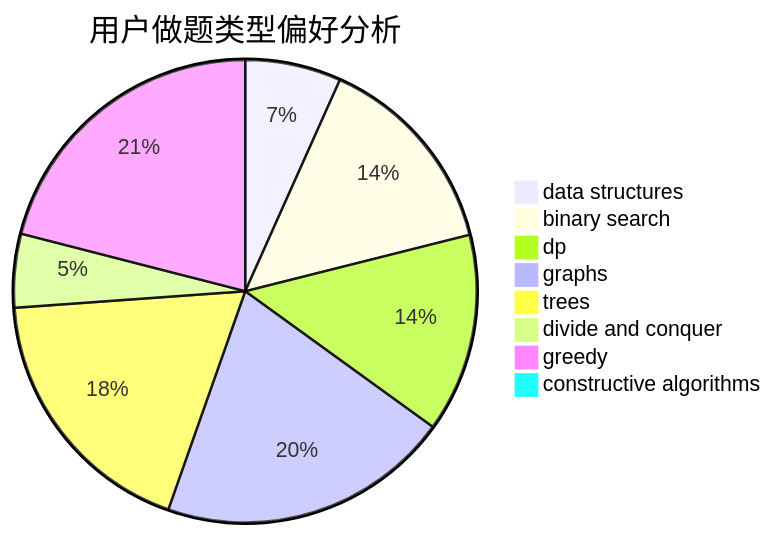
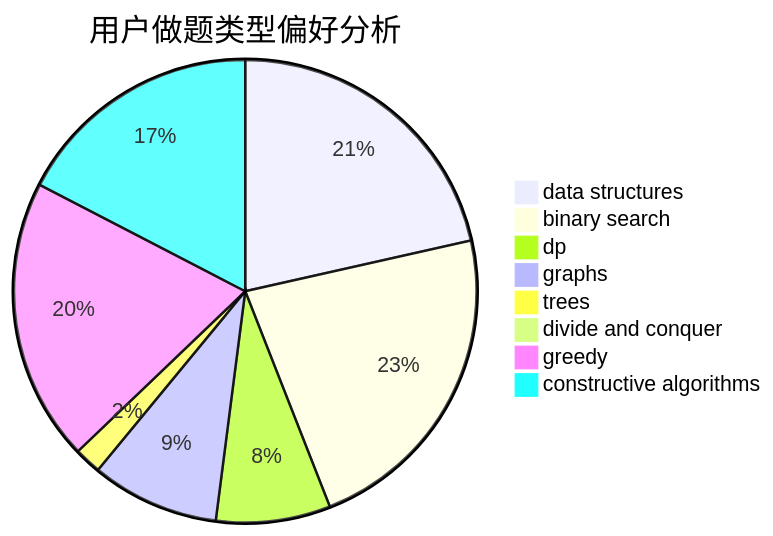
The second of 3 diagrams in docs/user/u131.md (sherpahu/cfrs.github.io), drawn with Mermaid before and after one commit. The commit also changed other lines of this file and 2770 other files, not shown here.

````diff
--- a/docs/user/u131.md
+++ b/docs/user/u131.md
@@ -23,11 +23,11 @@
 ```mermaid
 pie title 用户做题类型偏好分析
-    "data structures" :  82
-    "binary search" :  176
-    "dp" :  170
-    "graphs" :  250
-    "trees" :  226
-    "divide and conquer" :  63
-    "greedy" :  257
-    "constructive algorithms" :  0
+    "data structures" :  137
+    "binary search" :  144
+    "dp" :  51
+    "graphs" :  57
+    "trees" :  12
+    "divide and conquer" :  0
+    "greedy" :  126
+    "constructive algorithms" :  111
 ```
````
